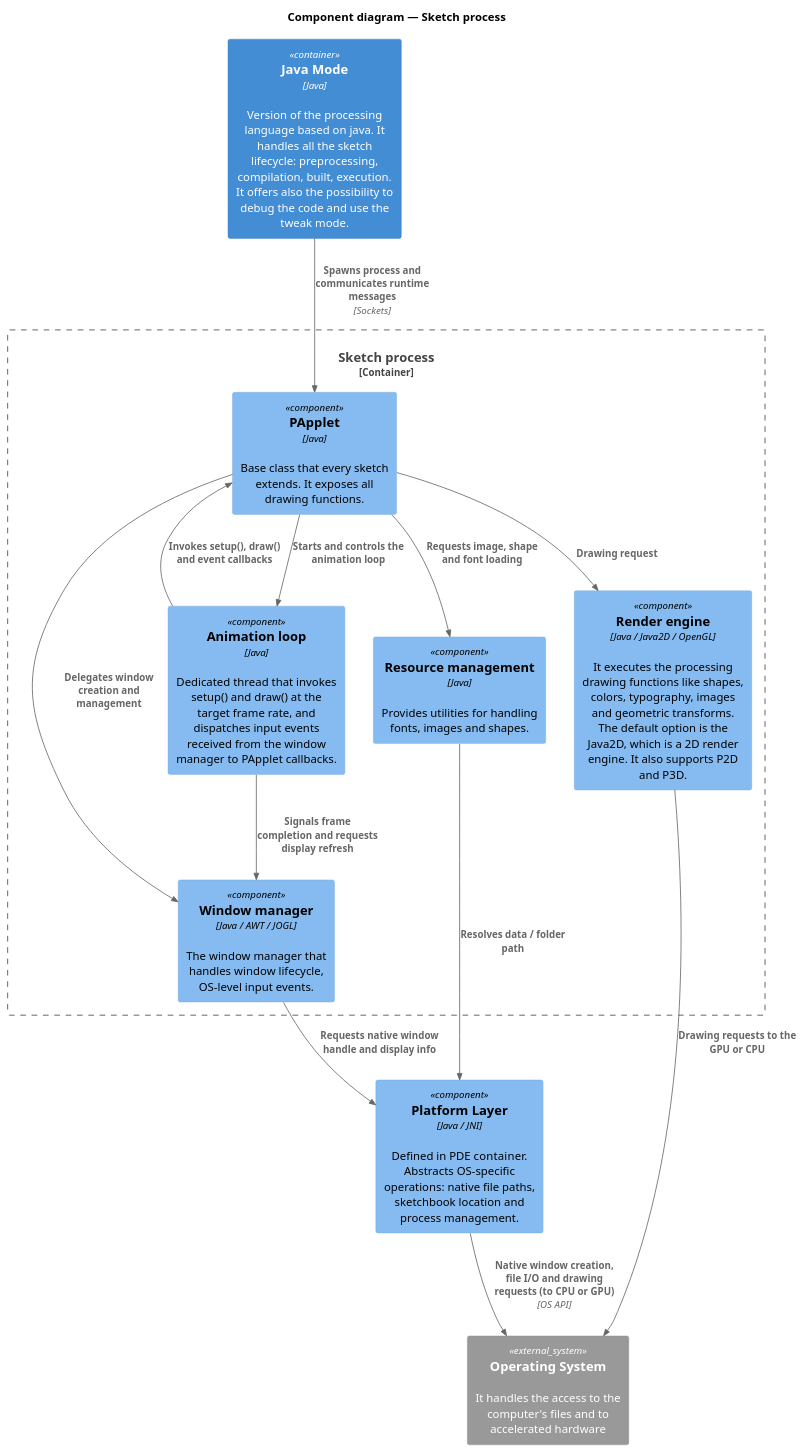
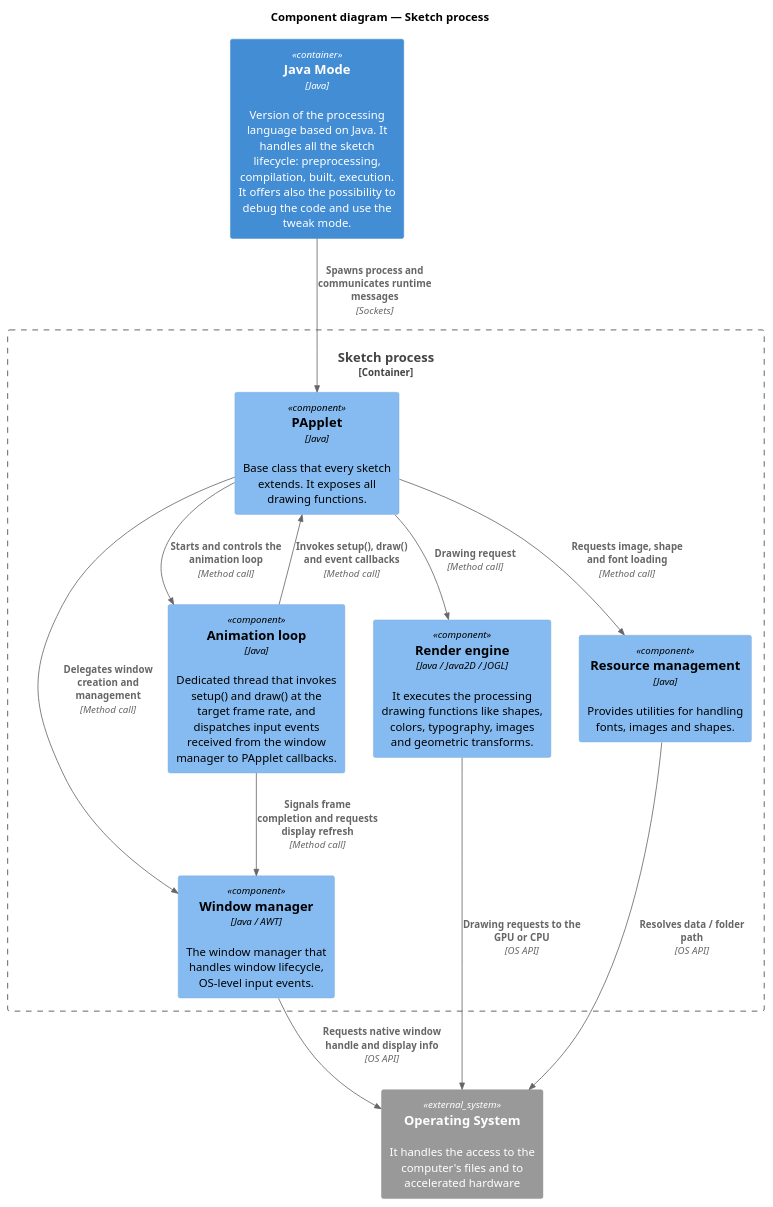
The diagram in diagrams/component_diagram_sketch_process.puml (SDA2026-Group09/Project), drawn with PlantUML before and after one commit. The commit also changed 4 other files, not shown here.

Commit message:
Remove inconsistency between diagrams

```diff
--- a/diagrams/component_diagram_sketch_process.puml
+++ b/diagrams/component_diagram_sketch_process.puml
@@ -1,44 +1,41 @@
 @startuml C4_component_sketch_process
 !include <C4/C4_Component>
 
 title Component diagram — Sketch process
 
+/' Components '/
 Container_Boundary(sketch_process, "Sketch process") {
     Component(papplet, "PApplet", "Java", "Base class that every sketch extends. It exposes all drawing functions.")
     Component(animation_loop, "Animation loop", "Java", "Dedicated thread that invokes setup() and draw() at the target frame rate, and dispatches input events received from the window manager to PApplet callbacks.")
-    Component(psurface, "Window manager", "Java / AWT / JOGL", "The window manager that handles window lifecycle, OS-level input events.")
-    Component(pgraphics, "Render engine", "Java / Java2D / OpenGL", "It executes the processing drawing functions like shapes, colors, typography, images and geometric transforms. The default option is the Java2D, which is a 2D render engine. It also supports P2D and P3D.")
+    Component(psurface, "Window manager", "Java / AWT", "The window manager that handles window lifecycle, OS-level input events.")
+    Component(pgraphics, "Render engine", "Java / Java2D / JOGL", "It executes the processing drawing functions like shapes, colors, typography, images and geometric transforms.")
     Component(resource_management, "Resource management", "Java", "Provides utilities for handling fonts, images and shapes.")
 }
 
-Component(platform_layer, "Platform Layer", "Java / JNI", "Defined in PDE container. Abstracts OS-specific operations: native file paths, sketchbook location and process management.")
-
-Container(java_mode, "Java Mode", "Java", "Version of the processing language based on java. It handles all the sketch lifecycle: preprocessing, compilation, built, execution. It offers also the possibility to debug the code and use the tweak mode.")
+/' External systems and containers '/
+Container(java_mode, "Java Mode", "Java", "Version of the processing language based on Java. It handles all the sketch lifecycle: preprocessing, compilation, built, execution. It offers also the possibility to debug the code and use the tweak mode.")
 System_Ext(os, "Operating System", "It handles the access to the computer's files and to accelerated hardware")
 
 /' Java Mode relationships '/
 Rel(java_mode, papplet, "Spawns process and communicates runtime messages", "Sockets")
 
 /' PApplet relationships '/
-Rel(papplet, animation_loop, "Starts and controls the animation loop")
-Rel(papplet, psurface, "Delegates window creation and management")
-Rel(papplet, pgraphics, "Drawing request")
-Rel(papplet, resource_management, "Requests image, shape and font loading")
+Rel(papplet, animation_loop, "Starts and controls the animation loop", "Method call")
+Rel(papplet, psurface, "Delegates window creation and management", "Method call")
+Rel(papplet, pgraphics, "Drawing request", "Method call")
+Rel(papplet, resource_management, "Requests image, shape and font loading", "Method call")
 
 /' Animation loop relationships '/
-Rel(animation_loop, psurface, "Signals frame completion and requests display refresh")
-Rel(animation_loop, papplet, "Invokes setup(), draw() and event callbacks")
+Rel(animation_loop, psurface, "Signals frame completion and requests display refresh", "Method call")
+Rel(animation_loop, papplet, "Invokes setup(), draw() and event callbacks", "Method call")
 
 /' Window manager relationships '/
-Rel(psurface, platform_layer, "Requests native window handle and display info")
+Rel(psurface, os, "Requests native window handle and display info", "OS API")
 
 /' Render engine relationships '/
-Rel(pgraphics, os, "Drawing requests to the GPU or CPU")
+Rel(pgraphics, os, "Drawing requests to the GPU or CPU", "OS API")
 
 /' Resource management relationships '/
-Rel(resource_management, platform_layer, "Resolves data / folder path")
-
-/' Platform Layer is the only contact point with OS '/
-Rel(platform_layer, os, "Native window creation, file I/O and drawing requests (to CPU or GPU)", "OS API")
+Rel(resource_management, os, "Resolves data / folder path", "OS API")
 
 @enduml
```
